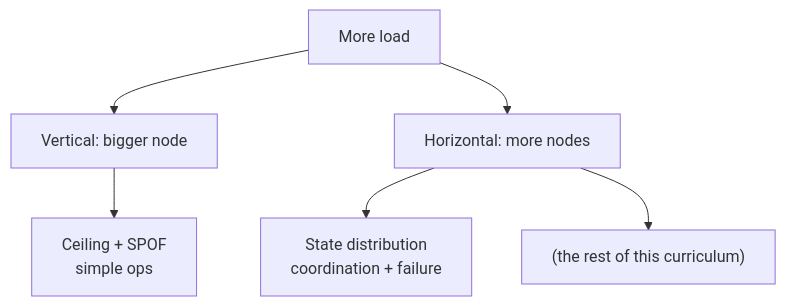
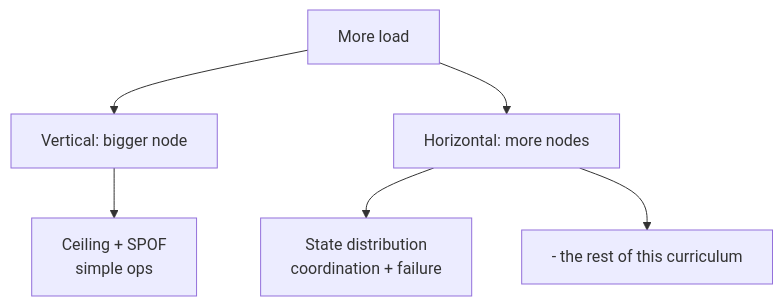
The first of 3 diagrams in docs/01-foundations/02-scalability.md (RIT-MESH/system-design-mastery), drawn with Mermaid before and after one commit. The commit also changed other lines of this file and 139 other files, not shown here.

First line of the commit message:
Fix Mermaid parse errors: replace parentheses in node labels across 140 files

````diff
--- a/docs/01-foundations/02-scalability.md
+++ b/docs/01-foundations/02-scalability.md
@@ -22,9 +22,9 @@
 ```mermaid
 %% created-for: system-design-mastery
 flowchart TB
   Load["More load"] --> V["Vertical: bigger node"]
   Load --> H["Horizontal: more nodes"]
   V --> VC["Ceiling + SPOF<br/>simple ops"]
   H --> HC["State distribution<br/>coordination + failure"]
-  H --> HC2["(the rest of this curriculum)"]
+  H --> HC2[" - the rest of this curriculum"]
 ```
````
